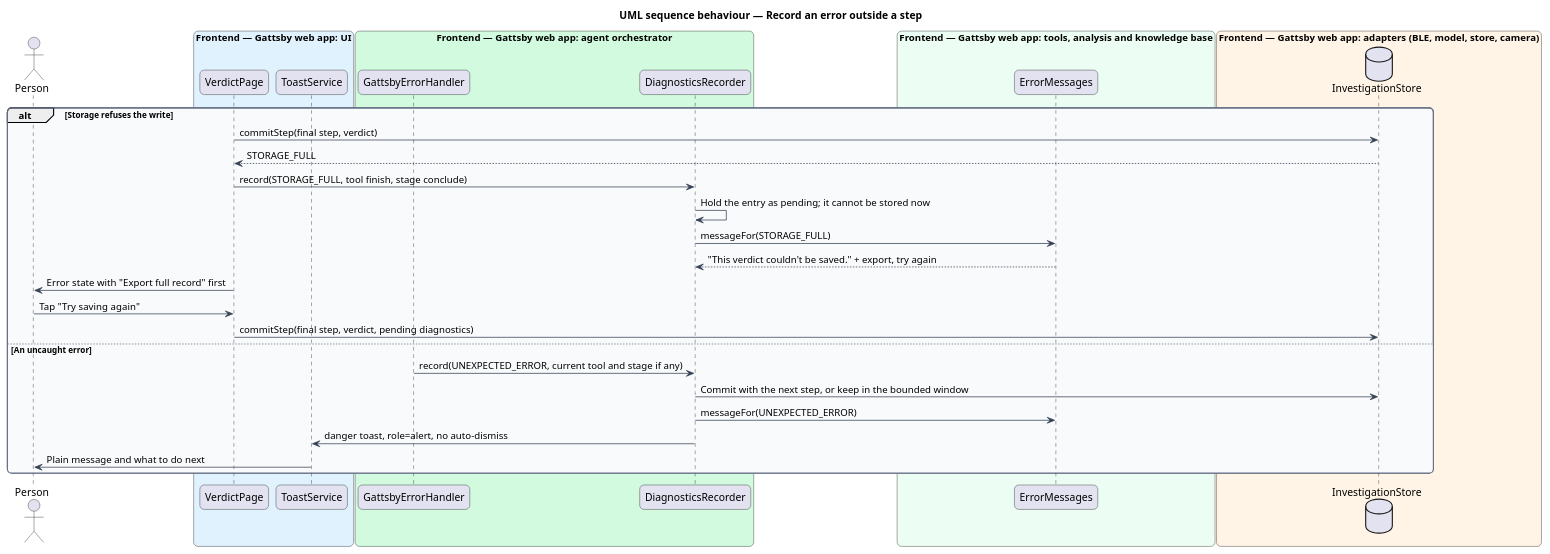
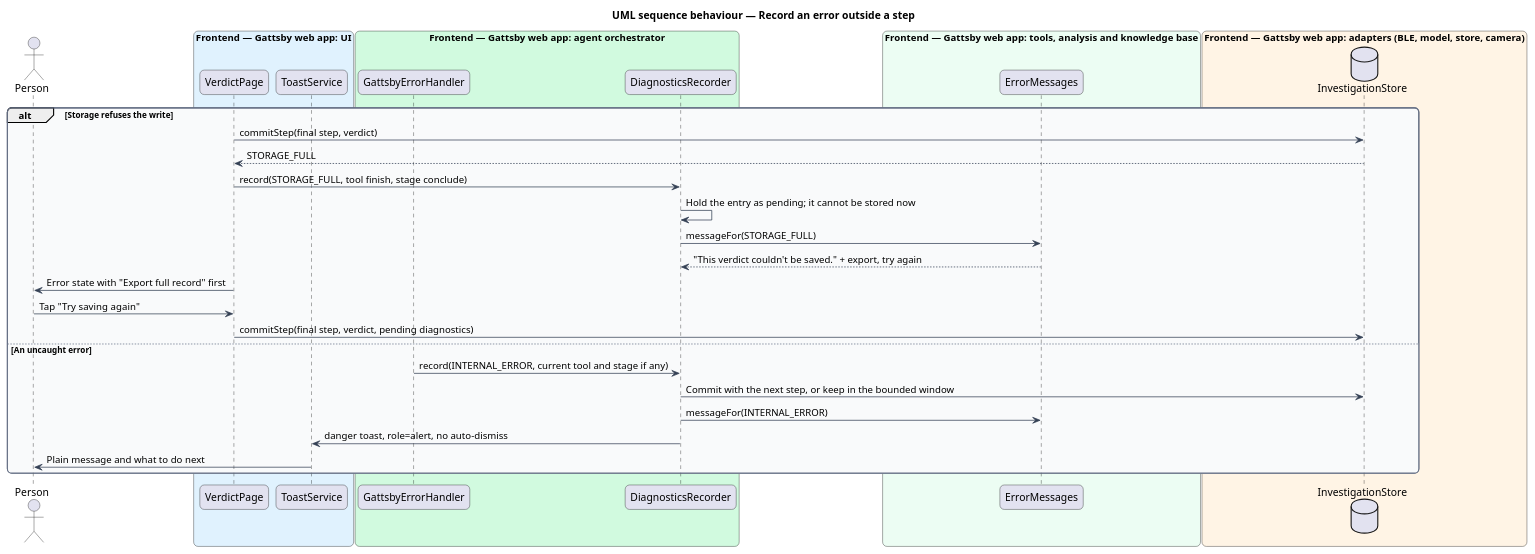
Before and after one commit to QuinntyneBrown/gattsby: the diagram in docs/detailed-designs/platform/record-local-diagnostics/diagrams/sequence-record-outside-a-step.puml, drawn with PlantUML. The commit also changed 24 other files, not shown here.

```diff
--- a/docs/detailed-designs/platform/record-local-diagnostics/diagrams/sequence-record-outside-a-step.puml
+++ b/docs/detailed-designs/platform/record-local-diagnostics/diagrams/sequence-record-outside-a-step.puml
@@ -1,50 +1,50 @@
 @startuml
 title UML sequence behaviour — Record an error outside a step
 skinparam backgroundColor #FFFFFF
 skinparam shadowing false
 skinparam roundcorner 12
 skinparam defaultFontName Arial
 skinparam ArrowColor #344054
 skinparam rectangle {
   BorderColor #344054
   FontColor #101828
 }
 skinparam package {
   BorderColor #667085
   FontColor #101828
   BackgroundColor #F9FAFB
 }
 actor "Person" as person
 box "Frontend — Gattsby web app: UI" #E0F2FE
   participant "VerdictPage" as page
   participant "ToastService" as toast
 end box
 box "Frontend — Gattsby web app: agent orchestrator" #D1FADF
   participant "GattsbyErrorHandler" as handler
   participant "DiagnosticsRecorder" as recorder
 end box
 box "Frontend — Gattsby web app: tools, analysis and knowledge base" #ECFDF3
   participant "ErrorMessages" as messages
 end box
 box "Frontend — Gattsby web app: adapters (BLE, model, store, camera)" #FFF4E5
   database "InvestigationStore" as store
 end box
 
 alt Storage refuses the write
   page -> store : commitStep(final step, verdict)
   store --> page : STORAGE_FULL
   page -> recorder : record(STORAGE_FULL, tool finish, stage conclude)
   recorder -> recorder : Hold the entry as pending; it cannot be stored now
   recorder -> messages : messageFor(STORAGE_FULL)
   messages --> recorder : "This verdict couldn't be saved." + export, try again
   page -> person : Error state with "Export full record" first
   person -> page : Tap "Try saving again"
   page -> store : commitStep(final step, verdict, pending diagnostics)
 else An uncaught error
-  handler -> recorder : record(UNEXPECTED_ERROR, current tool and stage if any)
+  handler -> recorder : record(INTERNAL_ERROR, current tool and stage if any)
   recorder -> store : Commit with the next step, or keep in the bounded window
-  recorder -> messages : messageFor(UNEXPECTED_ERROR)
+  recorder -> messages : messageFor(INTERNAL_ERROR)
   recorder -> toast : danger toast, role=alert, no auto-dismiss
   toast -> person : Plain message and what to do next
 end
 @enduml
```
